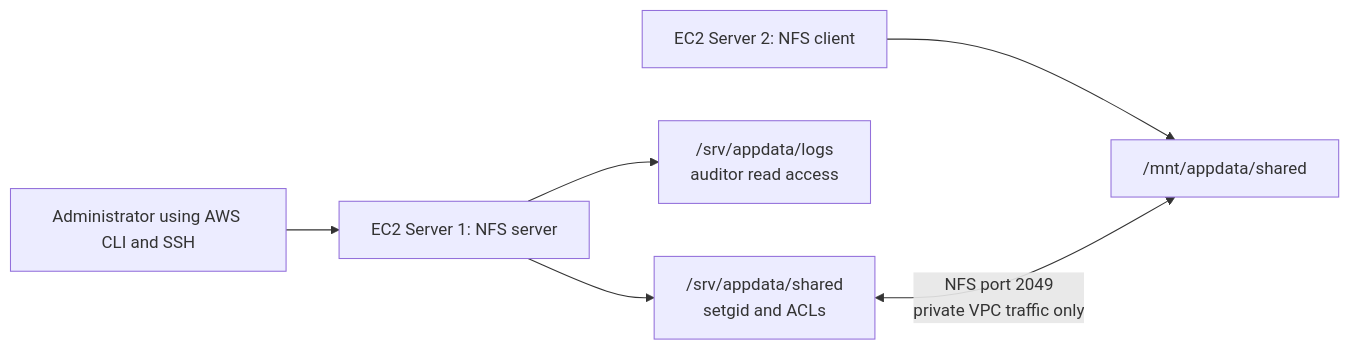
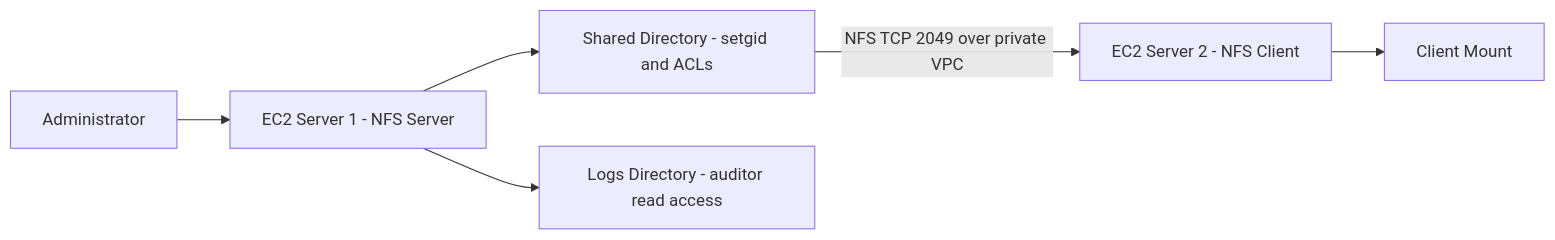
Before and after one commit to rester12/AWS-Linux-NFS-Access-Control: the diagram in README.md, drawn with Mermaid. The commit also changed other lines of this file, not shown here.

Commit message:
Fix architecture diagram rendering
Updated architecture diagram from mermaid flowchart to graph format for clarity.

````diff
--- a/README.md
+++ b/README.md
@@ -11,8 +11,8 @@
 ```mermaid
-flowchart LR
-    Admin["Administrator using AWS CLI and SSH"] --> Server1["EC2 Server 1: NFS server"]
-    Server1 --> Shared["/srv/appdata/shared<br/>setgid and ACLs"]
-    Server1 --> Logs["/srv/appdata/logs<br/>auditor read access"]
-    Server2["EC2 Server 2: NFS client"] --> Mount["/mnt/appdata/shared"]
-    Shared <-->|"NFS port 2049<br/>private VPC traffic only"| Mount
+graph LR;
+    A[Administrator] --> B[EC2 Server 1 - NFS Server];
+    B --> C[Shared Directory - setgid and ACLs];
+    B --> D[Logs Directory - auditor read access];
+    C -->|NFS TCP 2049 over private VPC| E[EC2 Server 2 - NFS Client];
+    E --> F[Client Mount];
 ```
````
